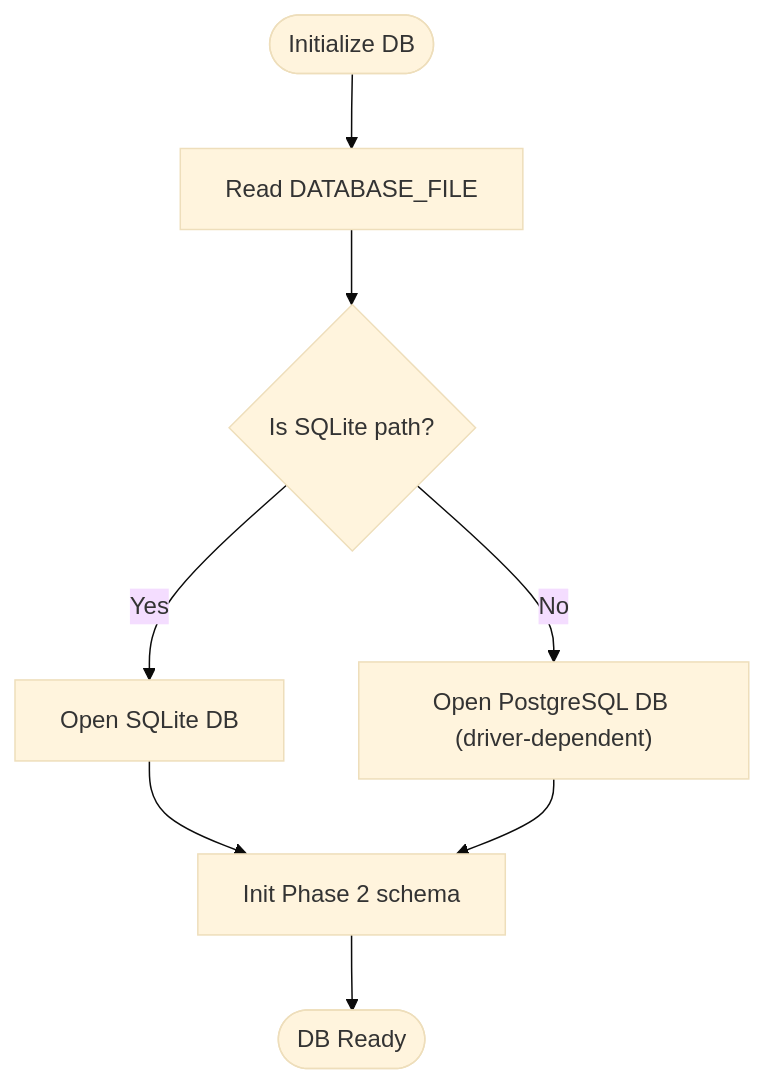
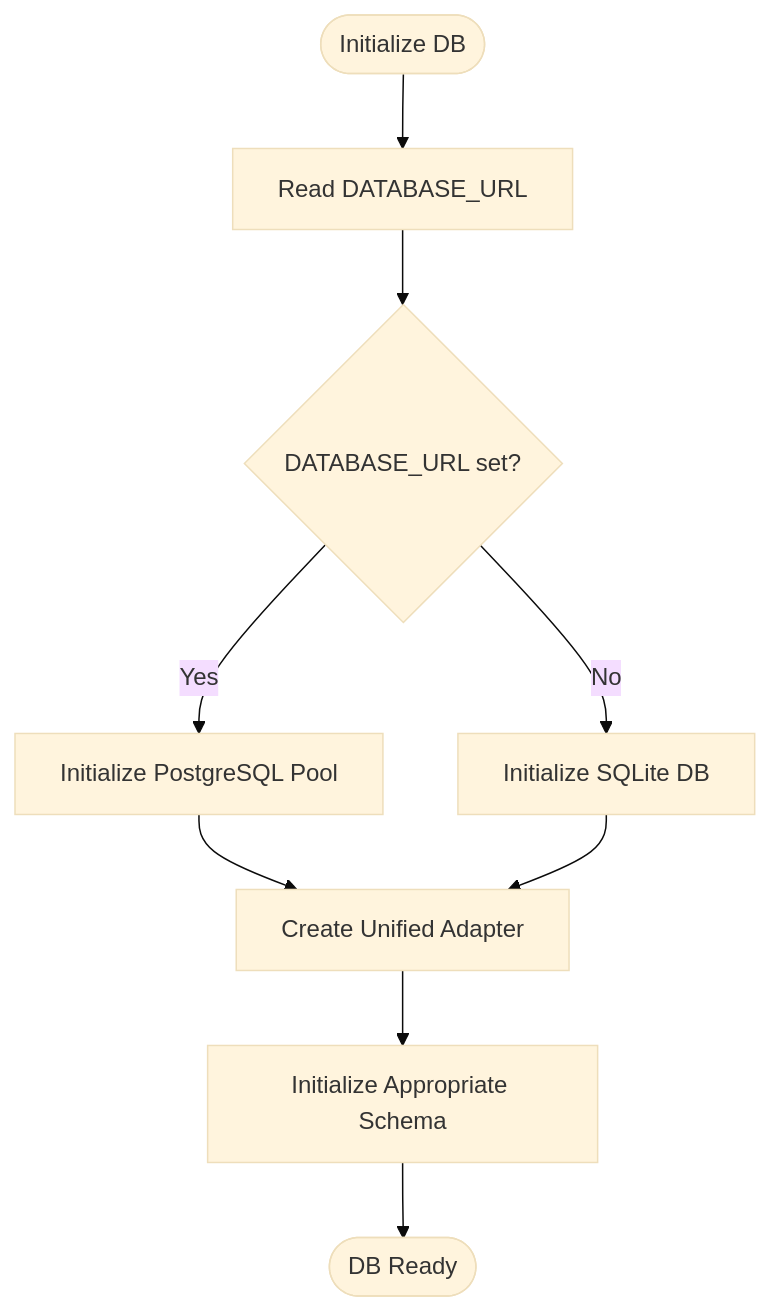
One commit to aravinthraj-ramalingam/Groww-App-Review-Insights-Analyzer- changed the third of 4 diagrams in .qoder/repowiki/en/content/Configuration Management.md. Above: the diagram before and after it, drawn with Mermaid (base theme). The commit also changed other lines of this file and 10 other files, not shown here.

````diff
--- a/.qoder/repowiki/en/content/Configuration Management.md
+++ b/.qoder/repowiki/en/content/Configuration Management.md
@@ -244,10 +295,11 @@
 ```mermaid
 flowchart TD
-Start(["Initialize DB"]) --> CheckCfg["Read DATABASE_FILE"]
-CheckCfg --> IsSQLite{"Is SQLite path?"}
-IsSQLite --> |Yes| OpenSQLite["Open SQLite DB"]
-IsSQLite --> |No| OpenPG["Open PostgreSQL DB (driver-dependent)"]
-OpenSQLite --> InitSchema["Init Phase 2 schema"]
-OpenPG --> InitSchema
+Start(["Initialize DB"]) --> CheckCfg["Read DATABASE_URL"]
+CheckCfg --> IsPostgres{"DATABASE_URL set?"}
+IsPostgres --> |Yes| InitPG["Initialize PostgreSQL Pool"]
+IsPostgres --> |No| InitSQLite["Initialize SQLite DB"]
+InitPG --> CreateAdapter["Create Unified Adapter"]
+InitSQLite --> CreateAdapter
+CreateAdapter --> InitSchema["Initialize Appropriate Schema"]
 InitSchema --> Ready(["DB Ready"])
 ```
````
